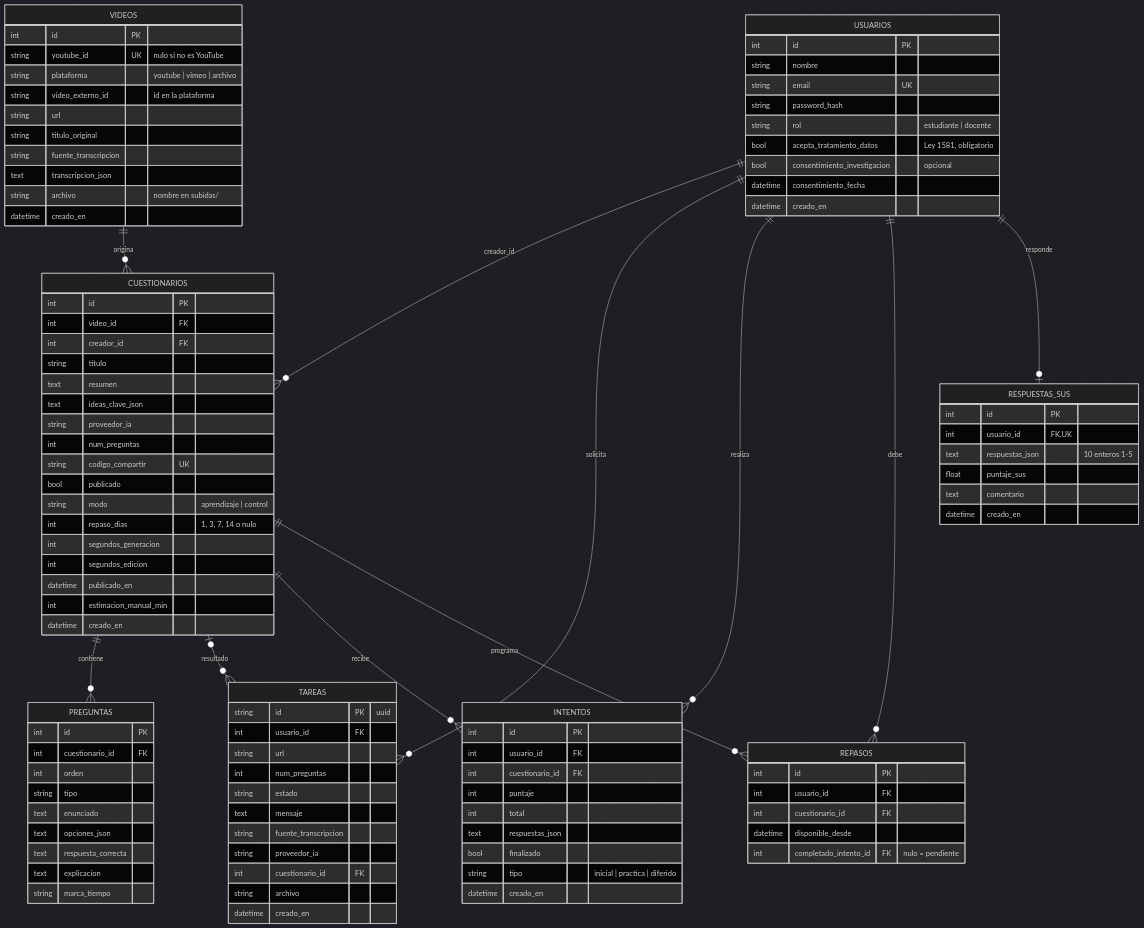
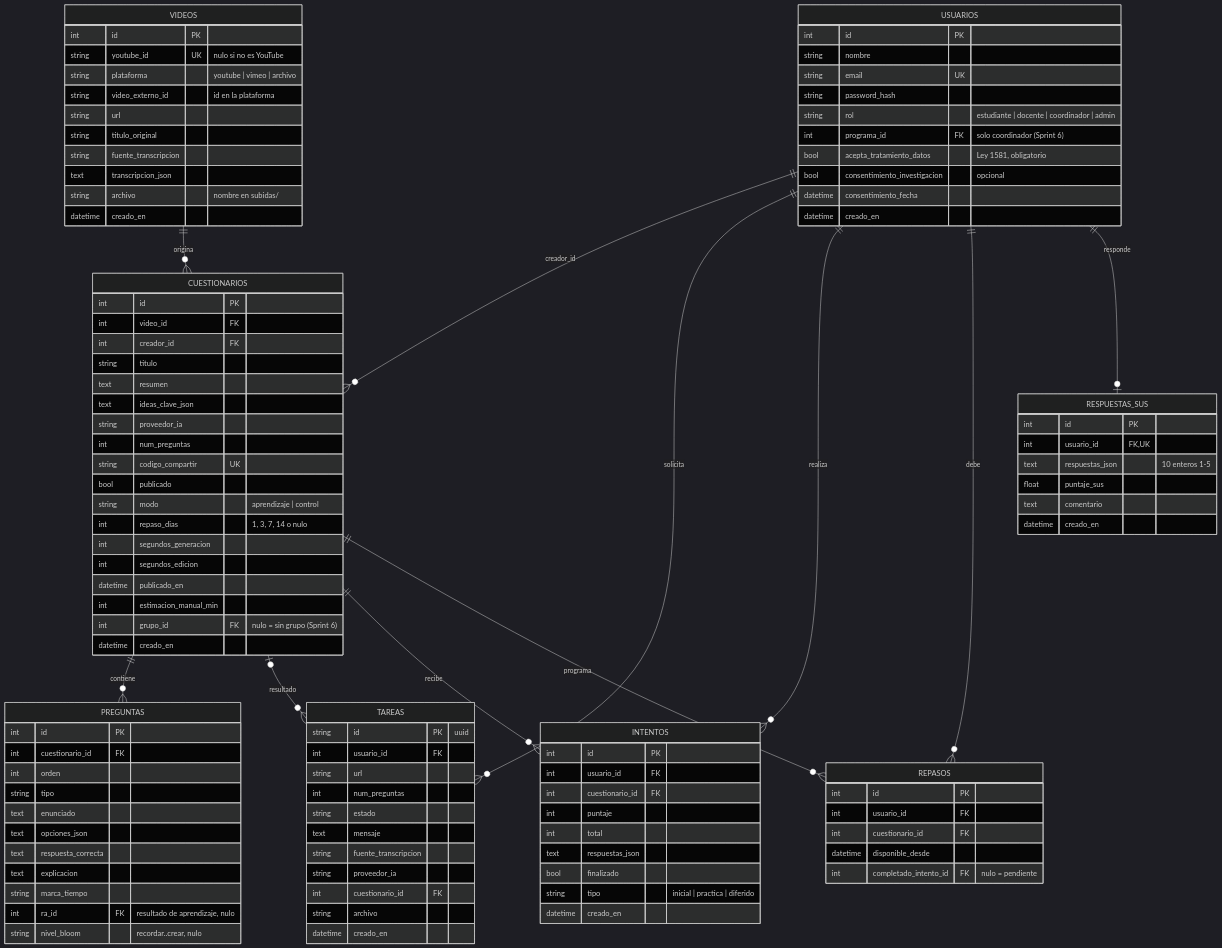
Before and after one commit to DevFajardo/plataforma-aprendizaje-ia: the third of 4 diagrams in docs/MANUAL_TECNICO.md, drawn with Mermaid (dark theme). The commit also changed other lines of this file and 53 other files, not shown here.

```diff
--- a/docs/MANUAL_TECNICO.md
+++ b/docs/MANUAL_TECNICO.md
@@ -103,7 +103,8 @@
         string nombre
         string email UK
         string password_hash
-        string rol "estudiante | docente"
+        string rol "estudiante | docente | coordinador | admin"
+        int programa_id FK "solo coordinador (Sprint 6)"
         bool acepta_tratamiento_datos "Ley 1581, obligatorio"
         bool consentimiento_investigacion "opcional"
         datetime consentimiento_fecha
@@ -140,6 +141,7 @@
         int segundos_edicion
         datetime publicado_en
         int estimacion_manual_min
+        int grupo_id FK "nulo = sin grupo (Sprint 6)"
         datetime creado_en
     }
     CUESTIONARIOS ||--o{ PREGUNTAS : "contiene"
@@ -153,6 +155,8 @@
         text respuesta_correcta
         text explicacion
         string marca_tiempo
+        int ra_id FK "resultado de aprendizaje, nulo"
+        string nivel_bloom "recordar..crear, nulo"
     }
     USUARIOS ||--o{ TAREAS : "solicita"
     CUESTIONARIOS |o--o{ TAREAS : "resultado"
```
